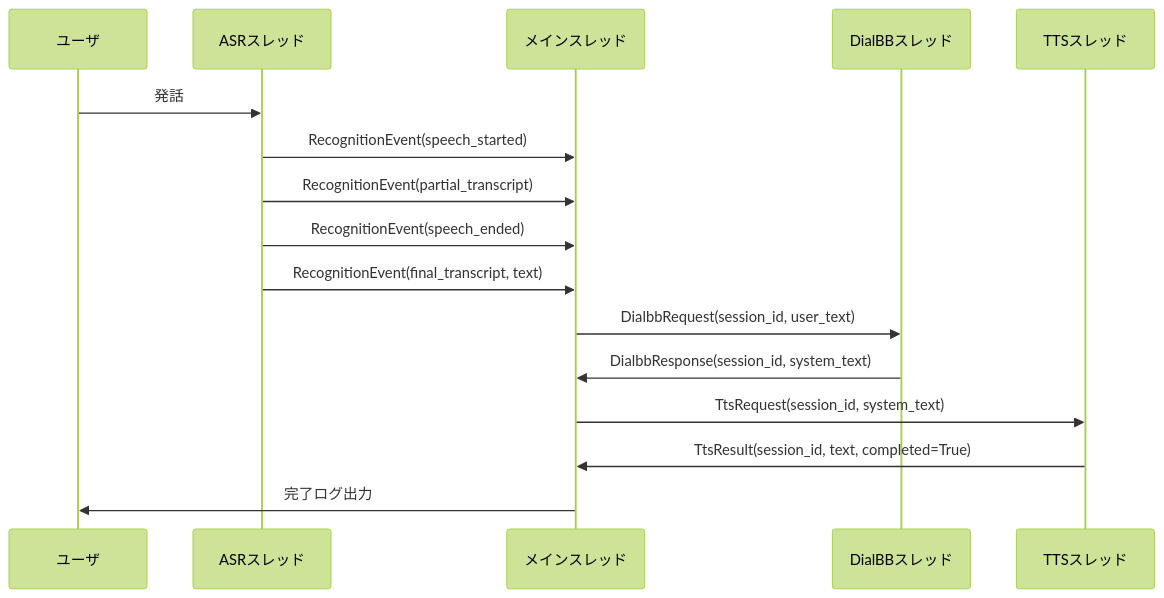
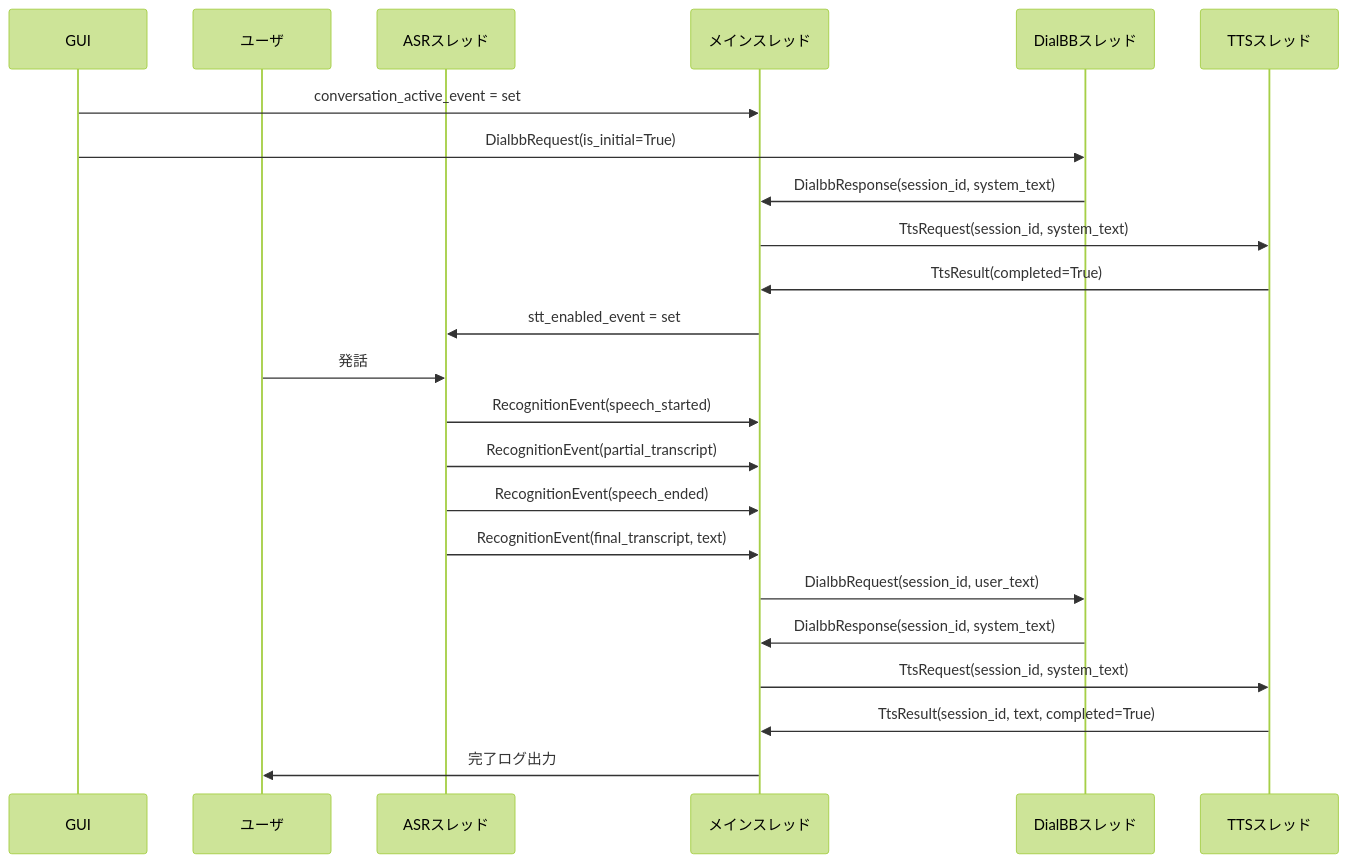
One commit to c4a-ri/dialbb changed the second of 2 diagrams in mm_client/mm_client/docs/message_spec.md. Above: the diagram before and after it, drawn with Mermaid (forest theme). The commit also changed other lines of this file and 15 other files, not shown here.

Commit message:
Added GUI and Dialbb.

````diff
--- a/mm_client/mm_client/docs/message_spec.md
+++ b/mm_client/mm_client/docs/message_spec.md
@@ -126,22 +144,30 @@
 ```mermaid
 sequenceDiagram
+  participant GUI as GUI
   participant U as ユーザ
   participant STT as ASRスレッド
   participant MAIN as メインスレッド
   participant D as DialBBスレッド
   participant T as TTSスレッド
+
+  GUI->>MAIN: conversation_active_event = set
+  GUI->>D: DialbbRequest(is_initial=True)
+  D->>MAIN: DialbbResponse(session_id, system_text)
+  MAIN->>T: TtsRequest(session_id, system_text)
+  T->>MAIN: TtsResult(completed=True)
+  MAIN->>STT: stt_enabled_event = set
 
   U->>STT: 発話
   STT->>MAIN: RecognitionEvent(speech_started)
   STT->>MAIN: RecognitionEvent(partial_transcript)
   STT->>MAIN: RecognitionEvent(speech_ended)
   STT->>MAIN: RecognitionEvent(final_transcript, text)
 
   MAIN->>D: DialbbRequest(session_id, user_text)
   D->>MAIN: DialbbResponse(session_id, system_text)
 
   MAIN->>T: TtsRequest(session_id, system_text)
   T->>MAIN: TtsResult(session_id, text, completed=True)
 
   MAIN->>U: 完了ログ出力
 ```
````
